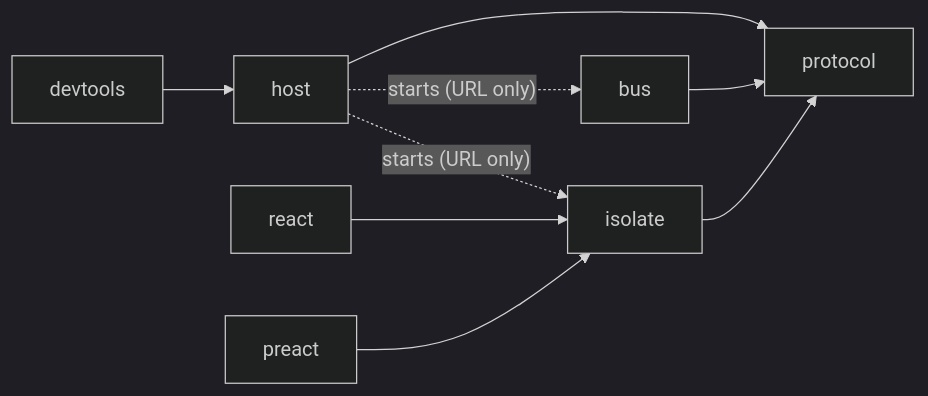
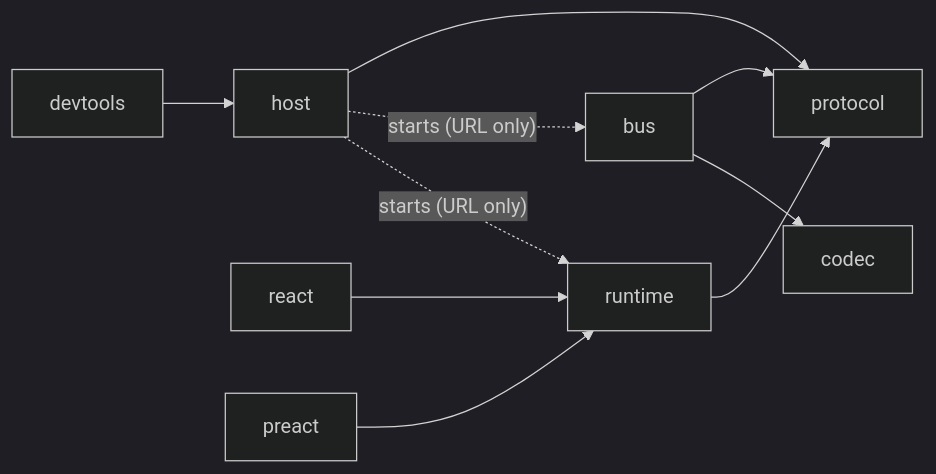
The second of 8 diagrams in docs/design/system-design.md (isoloop/isoloop), drawn with Mermaid (dark theme) before and after one commit. The commit also changed other lines of this file and 8 other files, not shown here.

````diff
--- a/docs/design/system-design.md
+++ b/docs/design/system-design.md
@@ -55,12 +55,13 @@
 ```mermaid
 flowchart LR
   protocol
   bus --> protocol
+  bus --> codec
   host --> protocol
-  isolate --> protocol
-  react --> isolate
-  preact --> isolate
+  runtime --> protocol
+  react --> runtime
+  preact --> runtime
   devtools --> host
   host -. "starts (URL only)" .-> bus
-  host -. "starts (URL only)" .-> isolate
+  host -. "starts (URL only)" .-> runtime
 ```
````
